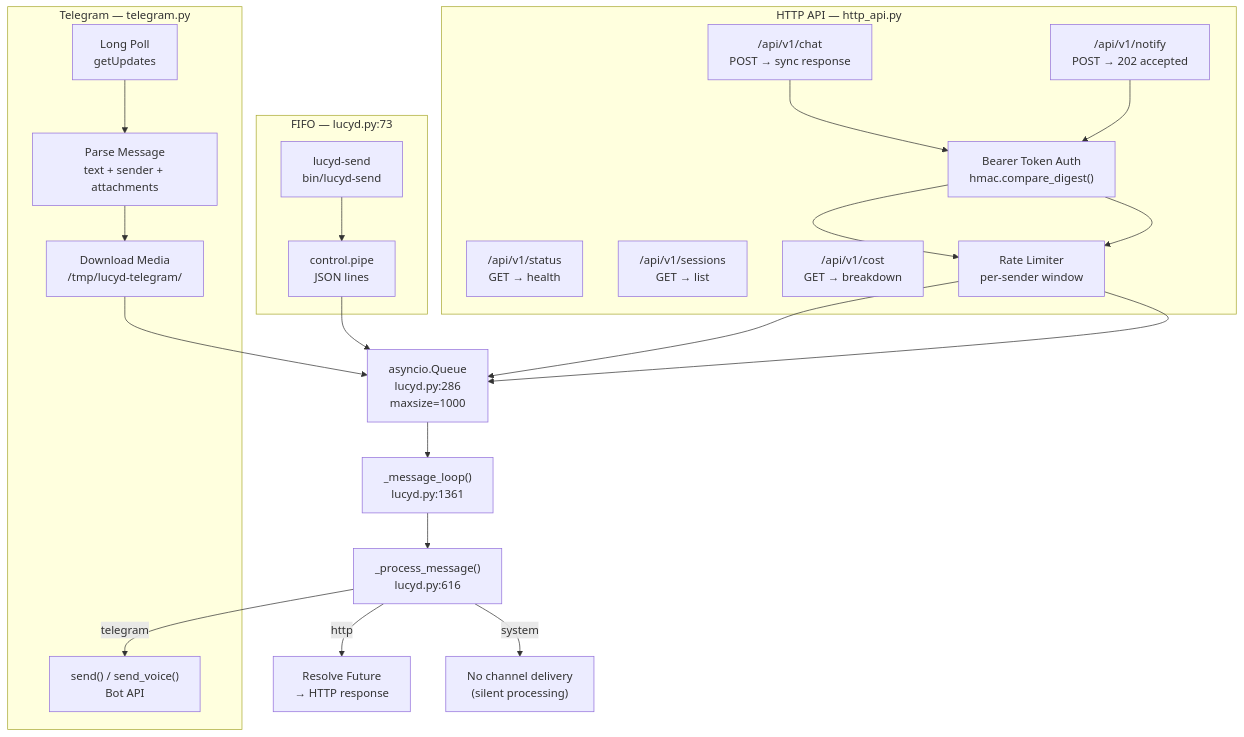
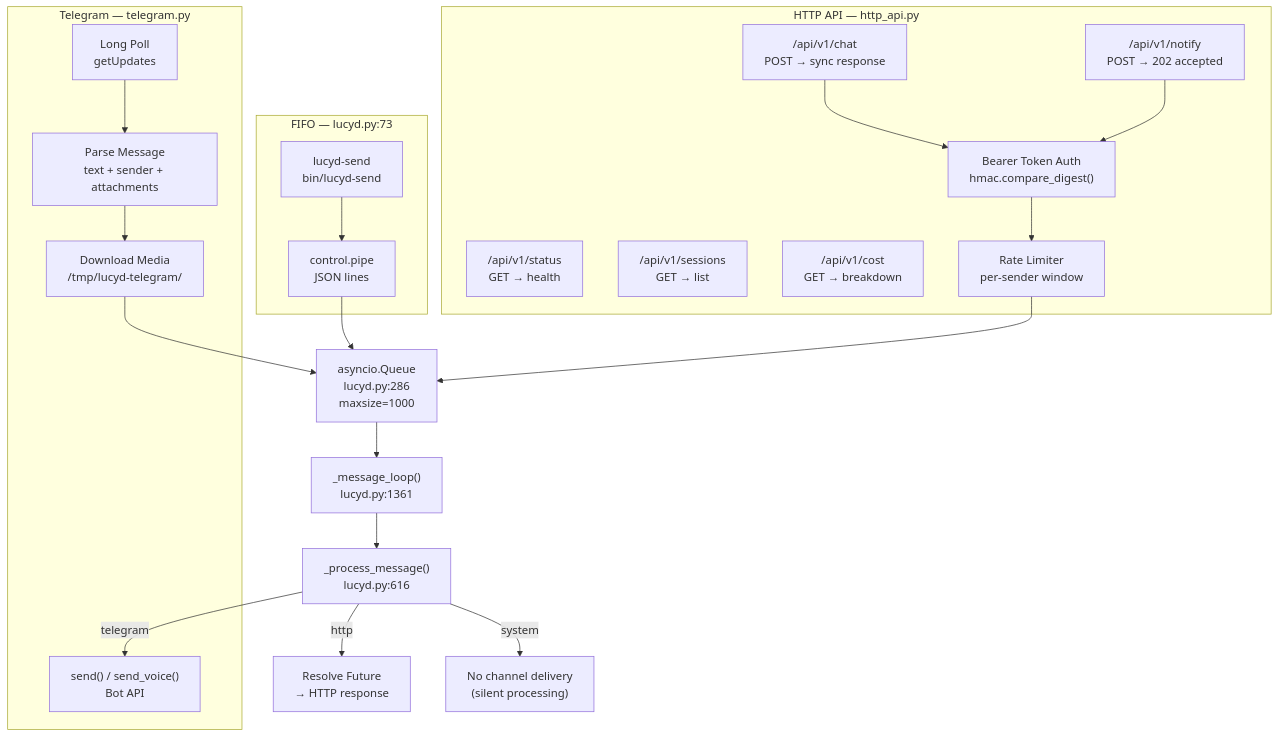
One commit to nicolasforstinger/lucyd changed the eighth of 8 diagrams in docs/diagrams.md. Above: the diagram before and after it, drawn with Mermaid.

Commit message:
fix: deduplicate AUTH→RATE→Q edges in channels diagram

````diff
--- a/docs/diagrams.md
+++ b/docs/diagrams.md
@@ -315,38 +315,39 @@
 ```mermaid
 flowchart TD
     subgraph Telegram["Telegram — telegram.py"]
         POLL["Long Poll<br/>getUpdates"]
         PARSE["Parse Message<br/>text + sender + attachments"]
         DL["Download Media<br/>/tmp/lucyd-telegram/"]
         SEND_TG["send() / send_voice()<br/>Bot API"]
     end
 
     subgraph HTTP["HTTP API — http_api.py"]
         CHAT["/api/v1/chat<br/>POST → sync response"]
         NOTIFY["/api/v1/notify<br/>POST → 202 accepted"]
         STATUS["/api/v1/status<br/>GET → health"]
         SESSIONS_EP["/api/v1/sessions<br/>GET → list"]
         COST_EP["/api/v1/cost<br/>GET → breakdown"]
         AUTH["Bearer Token Auth<br/>hmac.compare_digest()"]
         RATE["Rate Limiter<br/>per-sender window"]
     end
 
     subgraph CLI["FIFO — lucyd.py:73"]
         PIPE["control.pipe<br/>JSON lines"]
         SEND_CLI["lucyd-send<br/>bin/lucyd-send"]
     end
 
     Q["asyncio.Queue<br/>lucyd.py:286<br/>maxsize=1000"]
 
     POLL --> PARSE --> DL --> Q
     SEND_CLI --> PIPE --> Q
-    CHAT --> AUTH --> RATE --> Q
-    NOTIFY --> AUTH --> RATE --> Q
+    CHAT --> AUTH
+    NOTIFY --> AUTH
+    AUTH --> RATE --> Q
 
     Q --> LOOP["_message_loop()<br/>lucyd.py:1361"]
     LOOP --> PROCESS["_process_message()<br/>lucyd.py:616"]
 
     PROCESS -->|telegram| SEND_TG
     PROCESS -->|http| FUTURE["Resolve Future<br/>→ HTTP response"]
     PROCESS -->|system| SUPPRESS["No channel delivery<br/>(silent processing)"]
 ```
````
